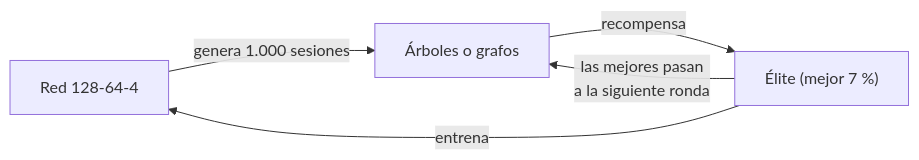
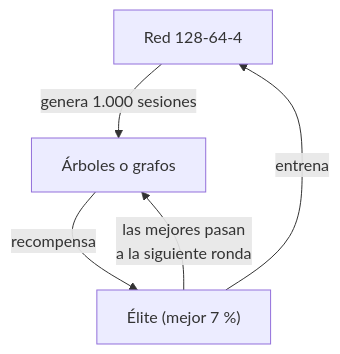
One commit to B3njjaman/rl-conjetura-stanley changed the second of 2 diagrams in README.md. Above: the diagram before and after it, drawn with Mermaid. The commit also changed other lines of this file, not shown here.

Commit message:
README: diagramas en vertical para que se lean en GitHub y en el celular

````diff
--- a/README.md
+++ b/README.md
@@ -126,7 +126,7 @@
 ```mermaid
-flowchart LR
+flowchart TD
     R["Red 128-64-4"] -->|"genera 1.000 sesiones"| S["Árboles o grafos"]
     S -->|"recompensa"| E["Élite (mejor 7 %)"]
     E -->|"entrena"| R
     E -->|"las mejores pasan<br/>a la siguiente ronda"| S
 ```
````
